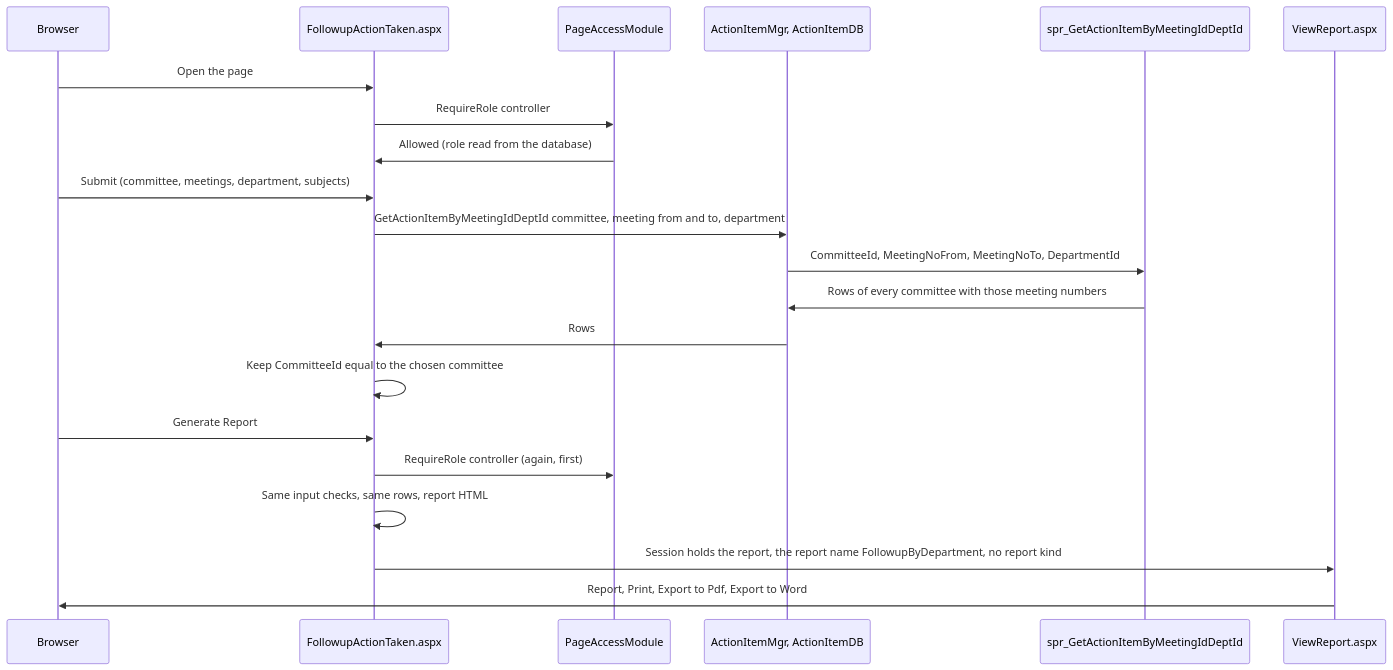
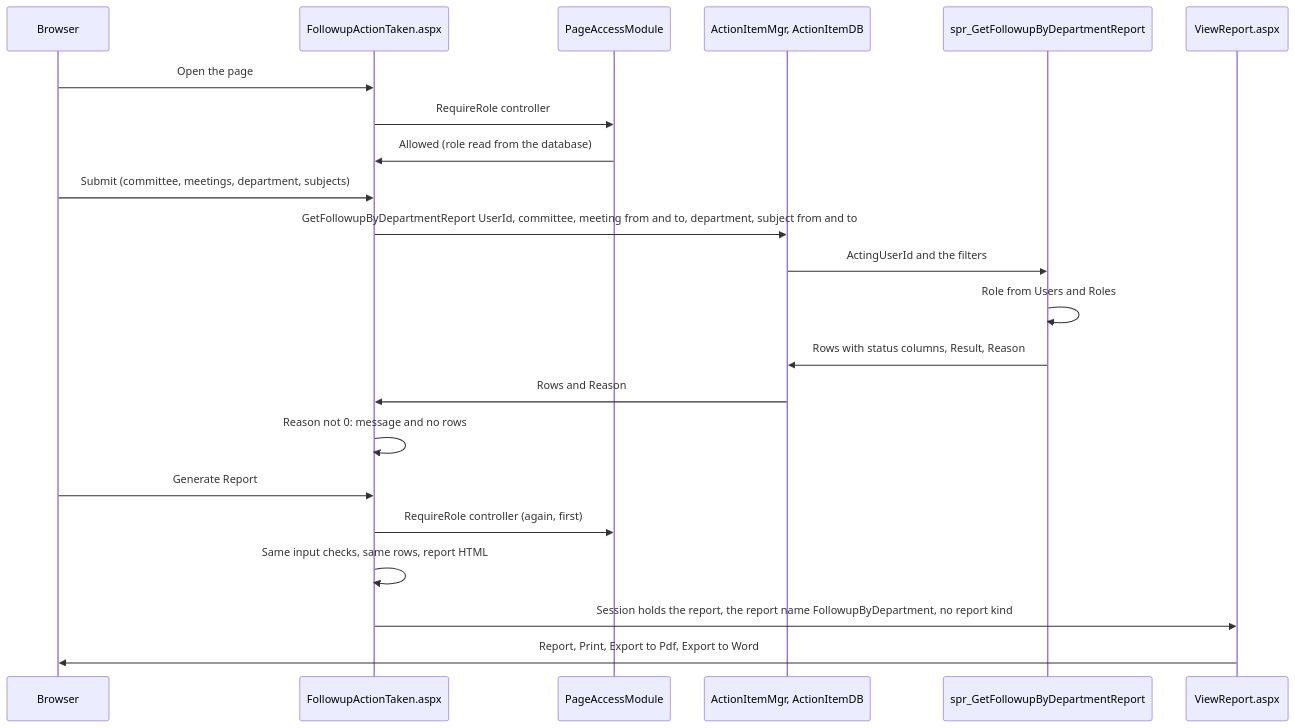
The third of 3 diagrams in Documents/Data-Flow/03-Program-to-Program/10-Reports.md (gashpy64/BMMS-Legacy), drawn with Mermaid before and after one commit. The commit also changed other lines of this file and 29 other files, not shown here.

````diff
--- a/Documents/Data-Flow/03-Program-to-Program/10-Reports.md
+++ b/Documents/Data-Flow/03-Program-to-Program/10-Reports.md
@@ -111,23 +164,24 @@
 ```mermaid
 sequenceDiagram
     participant Br as Browser
     participant Pg as FollowupActionTaken.aspx
     participant PM as PageAccessModule
     participant AM as ActionItemMgr, ActionItemDB
-    participant SQ as spr_GetActionItemByMeetingIdDeptId
+    participant SQ as spr_GetFollowupByDepartmentReport
     participant VR as ViewReport.aspx
     Br->>Pg: Open the page
     Pg->>PM: RequireRole controller
     PM->>Pg: Allowed (role read from the database)
     Br->>Pg: Submit (committee, meetings, department, subjects)
-    Pg->>AM: GetActionItemByMeetingIdDeptId committee, meeting from and to, department
-    AM->>SQ: CommitteeId, MeetingNoFrom, MeetingNoTo, DepartmentId
-    SQ->>AM: Rows of every committee with those meeting numbers
-    AM->>Pg: Rows
-    Pg->>Pg: Keep CommitteeId equal to the chosen committee
+    Pg->>AM: GetFollowupByDepartmentReport UserId, committee, meeting from and to, department, subject from and to
+    AM->>SQ: ActingUserId and the filters
+    SQ->>SQ: Role from Users and Roles
+    SQ->>AM: Rows with status columns, Result, Reason
+    AM->>Pg: Rows and Reason
+    Pg->>Pg: Reason not 0: message and no rows
     Br->>Pg: Generate Report
     Pg->>PM: RequireRole controller (again, first)
     Pg->>Pg: Same input checks, same rows, report HTML
     Pg->>VR: Session holds the report, the report name FollowupByDepartment, no report kind
     VR->>Br: Report, Print, Export to Pdf, Export to Word
 ```
````
